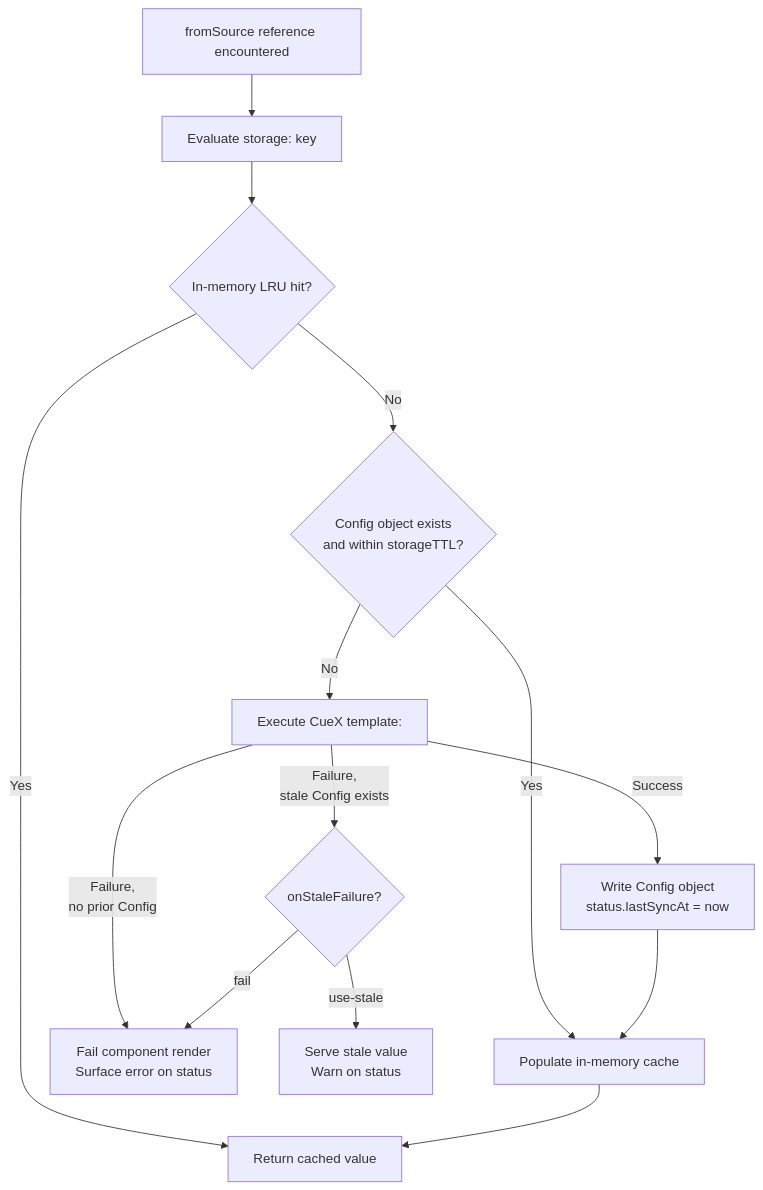
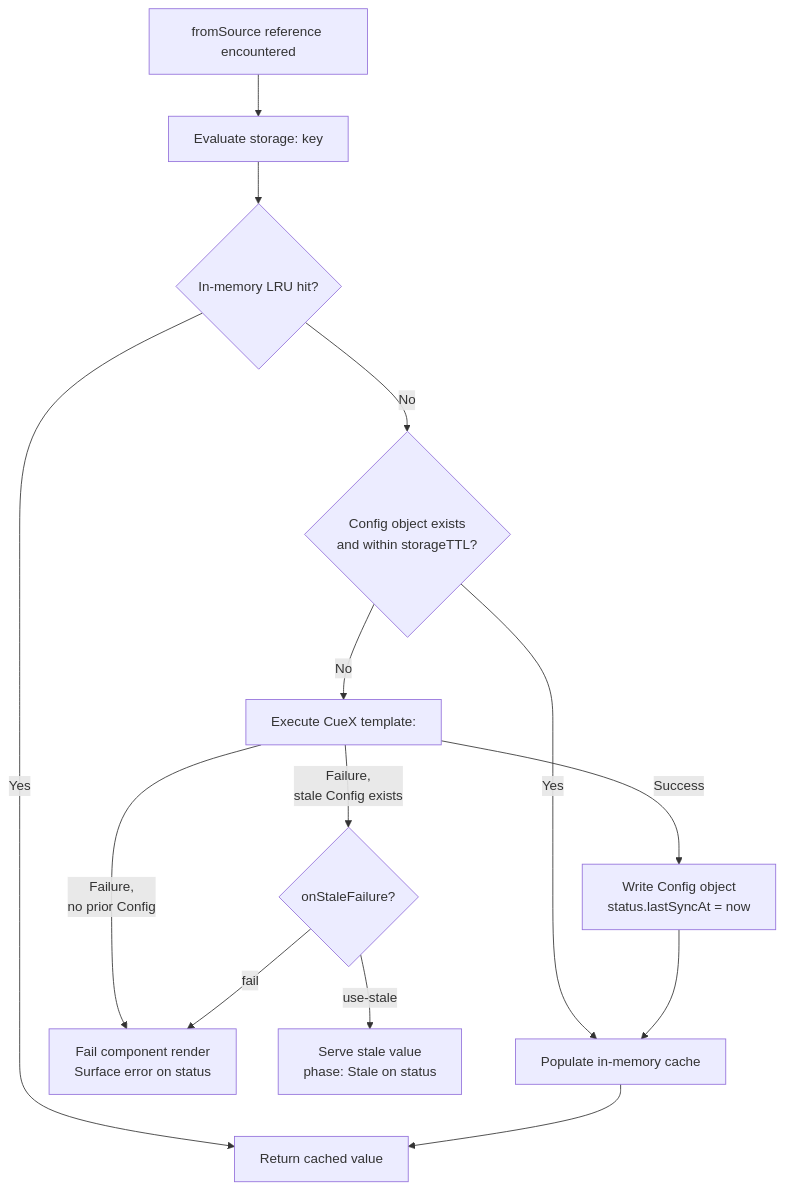
One commit to kubevela/kubevela changed the fourth of 4 diagrams in design/vela-core/keps/2.16-source-definition/README.md. Above: the diagram before and after it, drawn with Mermaid. The commit also changed other lines of this file and 1 other file, not shown here.

````diff
--- a/design/vela-core/keps/2.16-source-definition/README.md
+++ b/design/vela-core/keps/2.16-source-definition/README.md
@@ -197,16 +259,16 @@
 ```mermaid
 flowchart TD
     A[fromSource reference encountered] --> B[Evaluate storage: key]
     B --> C{In-memory LRU hit?}
     C -- Yes --> G[Return cached value]
     C -- No --> D{Config object exists<br/>and within storageTTL?}
     D -- Yes --> E[Populate in-memory cache]
     E --> G
     D -- No --> F[Execute CueX template:]
     F -- Success --> H[Write Config object<br/>status.lastSyncAt = now]
     H --> E
     F -- Failure,<br/>no prior Config --> I[Fail component render<br/>Surface error on status]
     F -- Failure,<br/>stale Config exists --> J{onStaleFailure?}
-    J -- use-stale --> K[Serve stale value<br/>Warn on status]
+    J -- use-stale --> K[Serve stale value<br/>phase: Stale on status]
     J -- fail --> I
 ```
````
